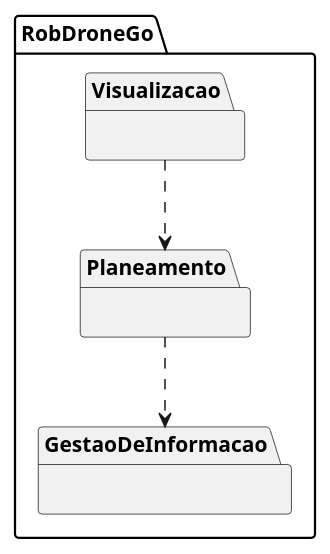
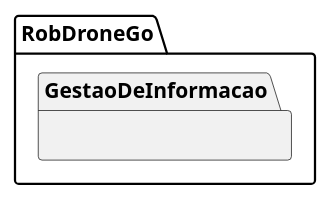
Before and after one commit to rpeir/LAPR5: the diagram in docs/US180/Nivel2VistaDeImplementacao.puml, drawn with PlantUML. The commit also changed 5 other files, not shown here.

```diff
--- a/docs/US180/Nivel2VistaDeImplementacao.puml
+++ b/docs/US180/Nivel2VistaDeImplementacao.puml
@@ -1,20 +1,12 @@
 @startuml
 
 package RobDroneGo{
-    package Planeamento{
-
-    }
 
     package GestaoDeInformacao{
 
     }
 
-    package Visualizacao{
-
-    }
 }
 
-Visualizacao ..> Planeamento
-Planeamento ..> GestaoDeInformacao
 
 @enduml
```
